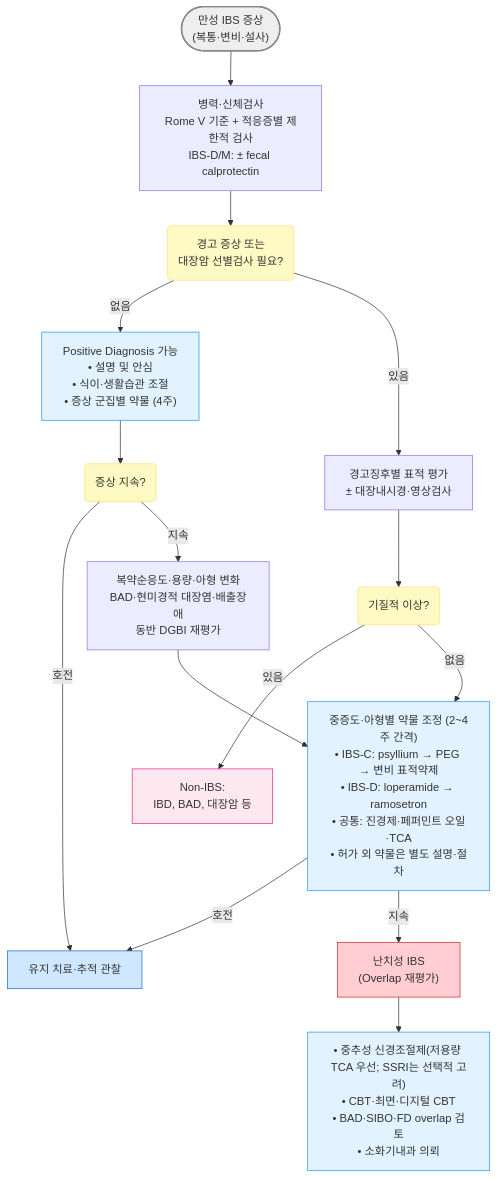
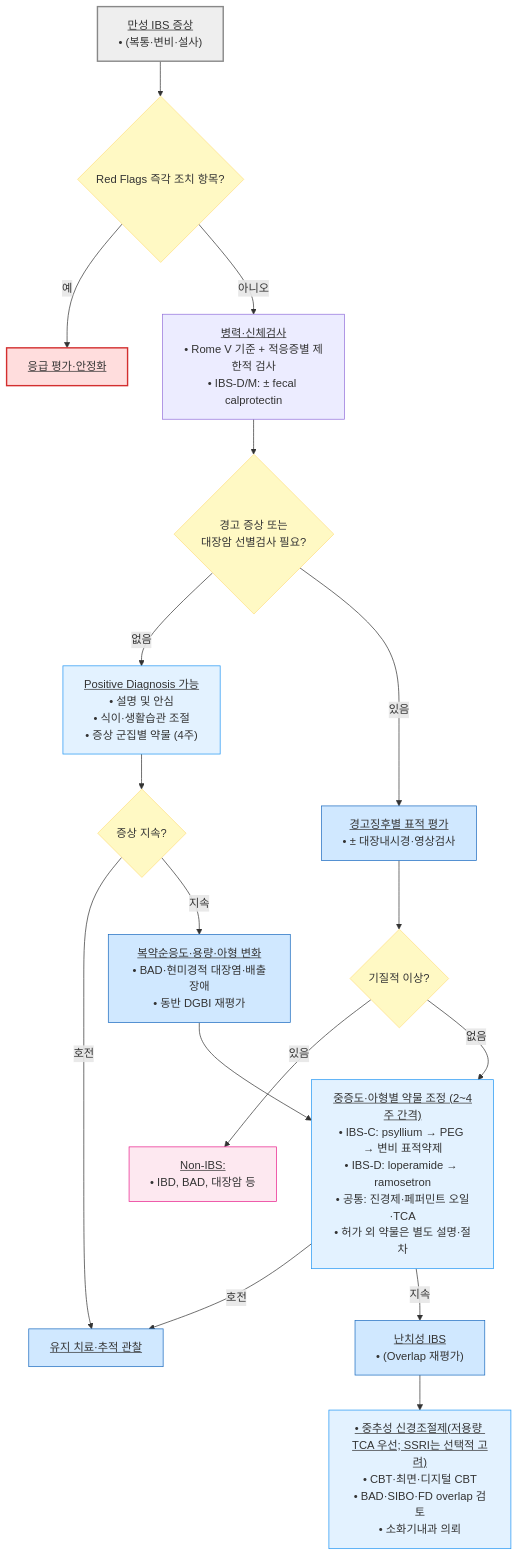
One commit to familyoh77/familyoh77 changed the first of 2 diagrams in 224_/087_-ibs.md. Above: the diagram before and after it, drawn with Mermaid. The commit also changed other lines of this file and 8 other files, not shown here.

````diff
--- a/224_/087_-ibs.md
+++ b/224_/087_-ibs.md
@@ -140,43 +140,45 @@
 ```mermaid
-graph TD
-    Start(["만성 IBS 증상<br>(복통·변비·설사)"])
-    Step1["병력·신체검사<br>Rome V 기준 + 적응증별 제한적 검사<br>IBS-D/M: ± fecal calprotectin"]
-    Cond1("경고 증상 또는<br>대장암 선별검사 필요?")
-    Sub1["Positive Diagnosis 가능<br>• 설명 및 안심<br>• 식이·생활습관 조절<br>• 증상 군집별 약물 (4주)"]
-    Cond2("증상 지속?")
-    Colonoscopy["경고징후별 표적 평가<br>± 대장내시경·영상검사"]
-    Cond3("기질적 이상?")
-    NonIBS["Non-IBS:<br>IBD, BAD, 대장암 등"]
-    Reassess["복약순응도·용량·아형 변화<br>BAD·현미경적 대장염·배출장애<br>동반 DGBI 재평가"]
-    End1["유지 치료·추적 관찰"]
-    Treat1["중증도·아형별 약물 조정 (2~4주 간격)<br>• IBS-C: psyllium → PEG → 변비 표적약제<br>• IBS-D: loperamide → ramosetron<br>• 공통: 진경제·페퍼민트 오일·TCA<br>• 허가 외 약물은 별도 설명·절차"]
-    Refractory["난치성 IBS<br>(Overlap 재평가)"]
-    Treat2["• 중추성 신경조절제(저용량 TCA 우선; SSRI는 선택적 고려)<br>• CBT·최면·디지털 CBT<br>• BAD·SIBO·FD overlap 검토<br>• 소화기내과 의뢰"]
+flowchart TD
+    Start["<u>만성 IBS 증상</u><br/>• (복통·변비·설사)"]
+    Step1["<u>병력·신체검사</u><br/>• Rome V 기준 + 적응증별 제한적 검사<br/>• IBS-D/M: ± fecal calprotectin"]
+    Cond1{"경고 증상 또는<br/>대장암 선별검사 필요?"}
+    Sub1["<u>Positive Diagnosis 가능</u><br/>• 설명 및 안심<br/>• 식이·생활습관 조절<br/>• 증상 군집별 약물 (4주)"]
+    Cond2{"증상 지속?"}
+    Colonoscopy["<u>경고징후별 표적 평가</u><br/>• ± 대장내시경·영상검사"]
+    Cond3{"기질적 이상?"}
+    NonIBS["<u>Non-IBS:</u><br/>• IBD, BAD, 대장암 등"]
+    Reassess["<u>복약순응도·용량·아형 변화</u><br/>• BAD·현미경적 대장염·배출장애<br/>• 동반 DGBI 재평가"]
+    End1["<u>유지 치료·추적 관찰</u>"]
+    Treat1["<u>중증도·아형별 약물 조정 (2~4주 간격)</u><br/>• IBS-C: psyllium → PEG → 변비 표적약제<br/>• IBS-D: loperamide → ramosetron<br/>• 공통: 진경제·페퍼민트 오일·TCA<br/>• 허가 외 약물은 별도 설명·절차"]
+    Refractory["<u>난치성 IBS</u><br/>• (Overlap 재평가)"]
+    Treat2["<u>• 중추성 신경조절제(저용량 TCA 우선; SSRI는 선택적 고려)</u><br/>• CBT·최면·디지털 CBT<br/>• BAD·SIBO·FD overlap 검토<br/>• 소화기내과 의뢰"]
 
-    Start --> Step1
+    Start --> Urgent{"Red Flags 즉각 조치 항목?"}
+    Urgent -- "예" --> Emergency["<u>응급 평가·안정화</u>"]
+    Urgent -- "아니오" --> Step1
     Step1 --> Cond1
     Cond1 -- "없음" --> Sub1
     Cond1 -- "있음" --> Colonoscopy
     Sub1 --> Cond2
     Cond2 -- "호전" --> End1
     Cond2 -- "지속" --> Reassess
     Reassess --> Treat1
     Colonoscopy --> Cond3
     Cond3 -- "있음" --> NonIBS
     Cond3 -- "없음" --> Treat1
     Treat1 -- "호전" --> End1
     Treat1 -- "지속" --> Refractory
     Refractory --> Treat2
 
 style Start fill:#eeeeee,stroke:#888888,stroke-width:2px
-classDef yellow fill:#fff9c4,stroke:#ffe082
-class Cond3,Cond1,Cond2 yellow
+classDef question fill:#fff9c4,stroke:#ffe082
+class Cond3,Cond1,Cond2,Urgent question
 classDef sky fill:#e3f2ff,stroke:#2196f3
 class Sub1,Treat1,Treat2 sky
-classDef L_red fill:#ffcdd2,stroke:#c62828
-class Refractory L_red
+style Emergency fill:#ffdddd,stroke:#d32f2f,stroke-width:2px
+class Refractory,Reassess,Colonoscopy blue
 classDef blue fill:#d0e8ff,stroke:#1a6abf
 class End1 blue
 classDef pink fill:#fde8f0,stroke:#e91e8c
 class NonIBS pink
 ```
````
